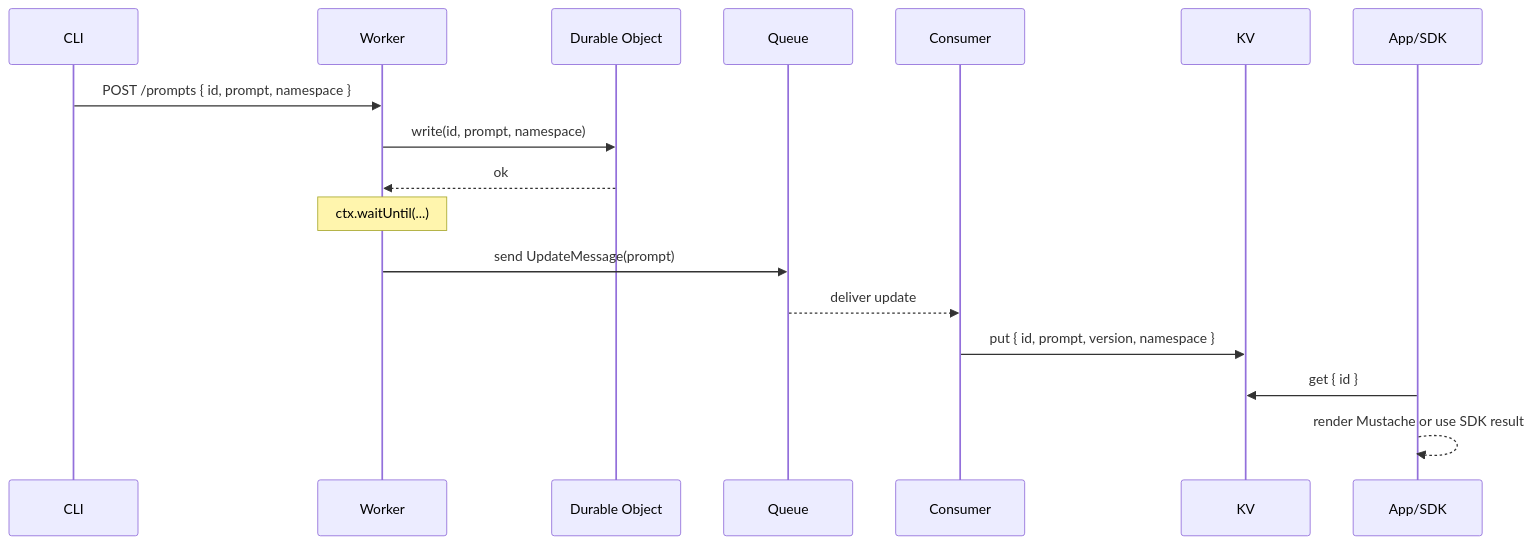
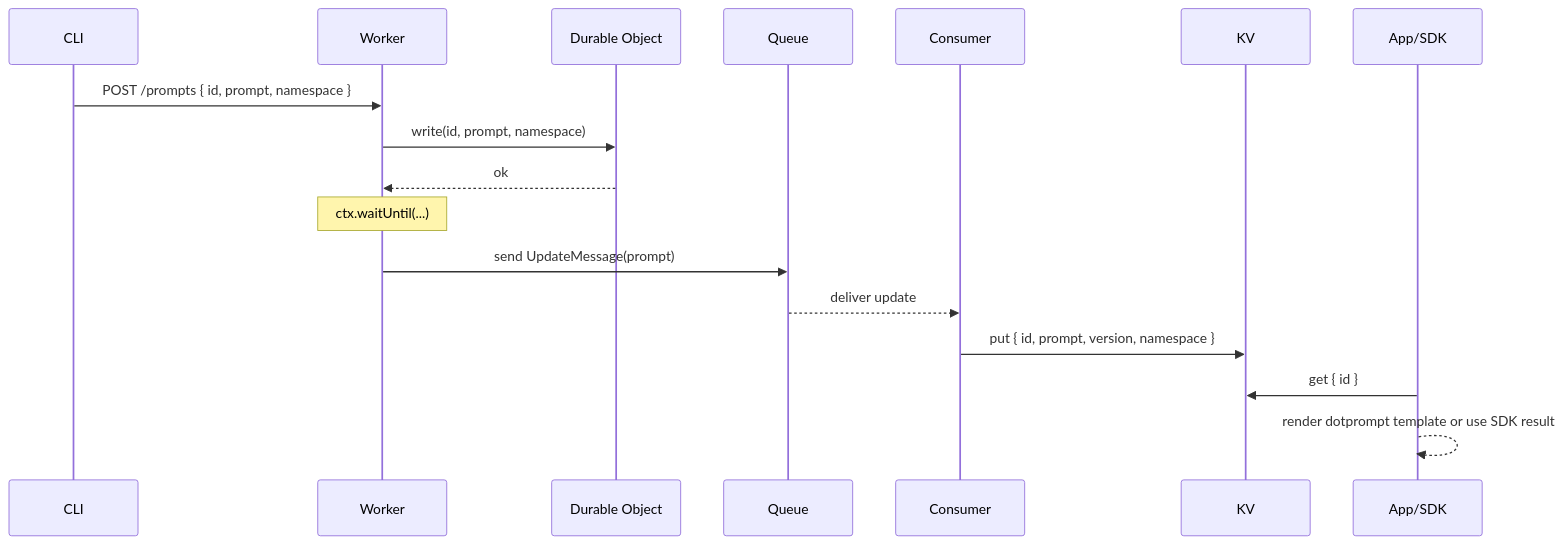
One commit to britt/teleprompter changed the second of 2 diagrams in docs/guides/theory-of-operation.md. Above: the diagram before and after it, drawn with Mermaid. The commit also changed other lines of this file and 11 other files, not shown here.

First line of the commit message:
feat: migrate from mustache to dotprompt format (#21)

````diff
--- a/docs/guides/theory-of-operation.md
+++ b/docs/guides/theory-of-operation.md
@@ -83,20 +87,20 @@
 ```mermaid
 sequenceDiagram
   participant CLI as CLI
   participant W as Worker
   participant DO as Durable Object
   participant Q as Queue
   participant C as Consumer
   participant KV as KV
   participant APP as App/SDK
 
   CLI->>W: POST /prompts { id, prompt, namespace }
   W->>DO: write(id, prompt, namespace)
   DO-->>W: ok
   note over W: ctx.waitUntil(...)
   W->>Q: send UpdateMessage(prompt)
   Q-->>C: deliver update
   C->>KV: put { id, prompt, version, namespace }
   APP->>KV: get { id }
-  APP-->>APP: render Mustache or use SDK result
+  APP-->>APP: render dotprompt template or use SDK result
 ```
````
